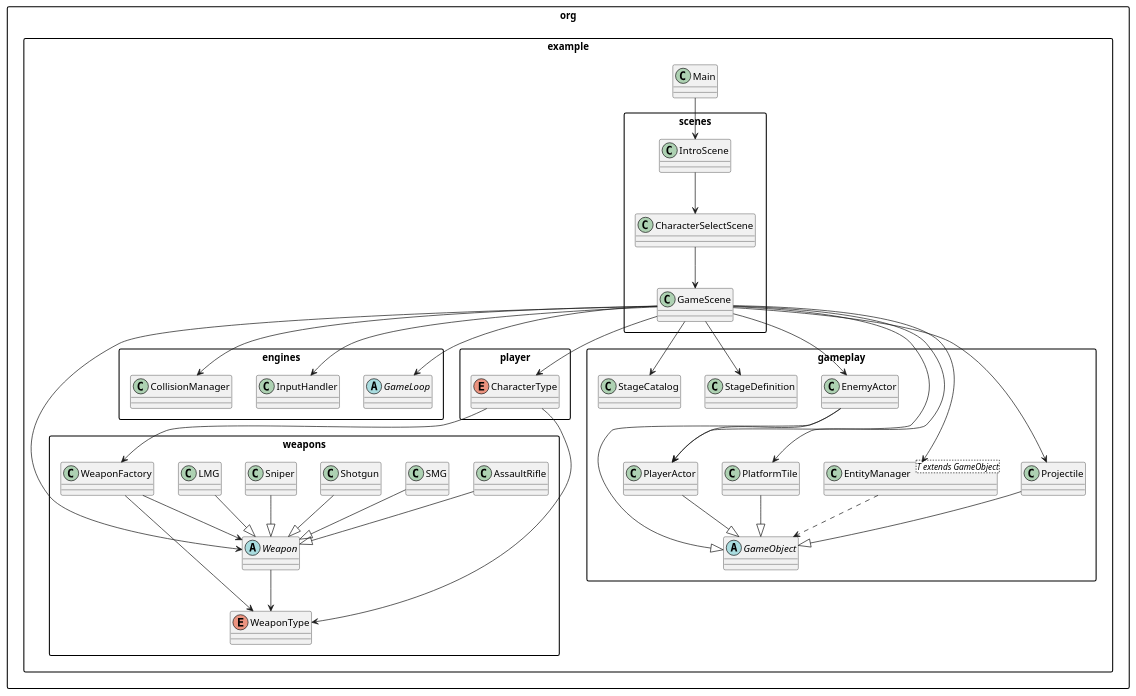
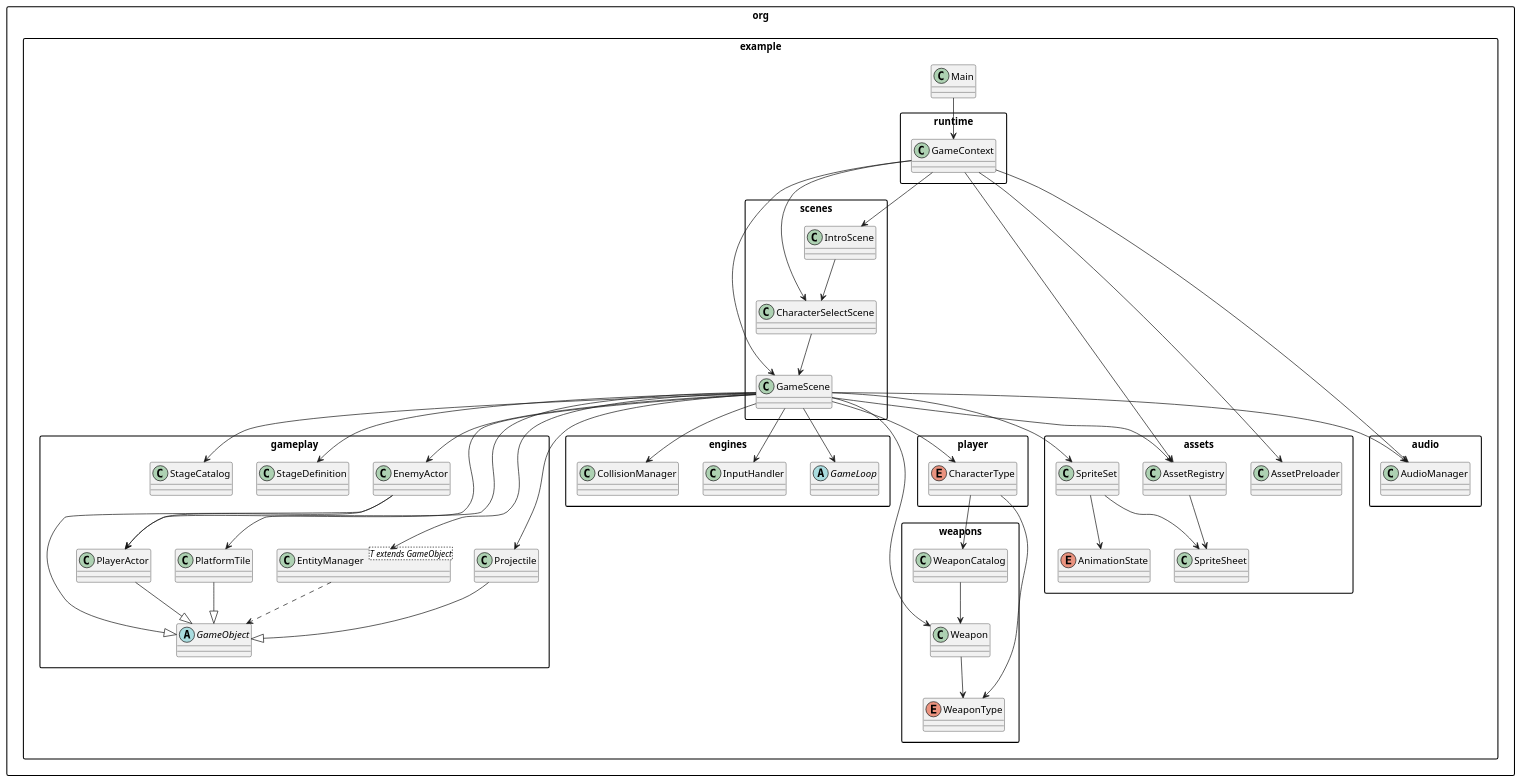
Before and after one commit to x1ren/Lair---FinalOOP-project: the diagram in docs/class-diagram.puml, drawn with PlantUML. The commit also changed 2 other files, not shown here.

Commit message:
docs: refresh architecture notes for asset runtime

```diff
--- a/docs/class-diagram.puml
+++ b/docs/class-diagram.puml
@@ -1,83 +1,100 @@
 @startuml
 skinparam classAttributeIconSize 0
 skinparam packageStyle rectangle
 
 package "org.example" {
   class Main
 }
 
 package "org.example.scenes" {
   class IntroScene
   class CharacterSelectScene
   class GameScene
 }
 
 package "org.example.player" {
   enum CharacterType
+}
+
+package "org.example.runtime" {
+  class GameContext
+}
+
+package "org.example.assets" {
+  class AssetRegistry
+  class AssetPreloader
+  class SpriteSheet
+  class SpriteSet
+  enum AnimationState
+}
+
+package "org.example.audio" {
+  class AudioManager
 }
 
 package "org.example.engines" {
   abstract class GameLoop
   class InputHandler
   class CollisionManager
 }
 
 package "org.example.gameplay" {
   abstract class GameObject
   class PlayerActor
   class EnemyActor
   class Projectile
   class PlatformTile
   class StageDefinition
   class StageCatalog
   class "EntityManager<T extends GameObject>" as EntityManager
 }
 
 package "org.example.weapons" {
-  abstract class Weapon
-  class AssaultRifle
-  class SMG
-  class Shotgun
-  class Sniper
-  class LMG
-  class WeaponFactory
+  class Weapon
+  class WeaponCatalog
   enum WeaponType
 }
 
-Main --> IntroScene
+Main --> GameContext
+GameContext --> IntroScene
+GameContext --> CharacterSelectScene
+GameContext --> GameScene
+GameContext --> AssetRegistry
+GameContext --> AudioManager
+GameContext --> AssetPreloader
 IntroScene --> CharacterSelectScene
 CharacterSelectScene --> GameScene
 
 GameScene --> CharacterType
 GameScene --> Weapon
 GameScene --> InputHandler
 GameScene --> CollisionManager
 GameScene --> GameLoop
 GameScene --> PlayerActor
 GameScene --> EnemyActor
 GameScene --> Projectile
 GameScene --> PlatformTile
 GameScene --> StageCatalog
 GameScene --> StageDefinition
 GameScene --> EntityManager
+GameScene --> AssetRegistry
+GameScene --> AudioManager
+GameScene --> SpriteSet
 
 PlayerActor --|> GameObject
 EnemyActor --|> GameObject
 Projectile --|> GameObject
 PlatformTile --|> GameObject
 
 EntityManager ..> GameObject
 EnemyActor --> PlayerActor
-CharacterType --> WeaponFactory
+CharacterType --> WeaponCatalog
 CharacterType --> WeaponType
 
-AssaultRifle --|> Weapon
-SMG --|> Weapon
-Shotgun --|> Weapon
-Sniper --|> Weapon
-LMG --|> Weapon
-WeaponFactory --> Weapon
-WeaponFactory --> WeaponType
+AssetRegistry --> SpriteSheet
+SpriteSet --> SpriteSheet
+SpriteSet --> AnimationState
+WeaponCatalog --> Weapon
 Weapon --> WeaponType
 
 @enduml
```
